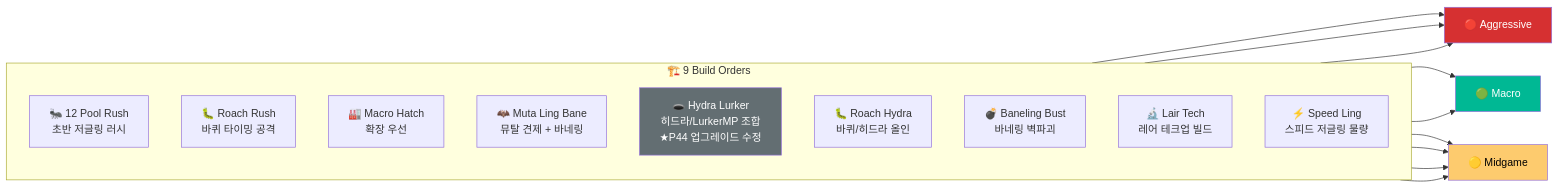
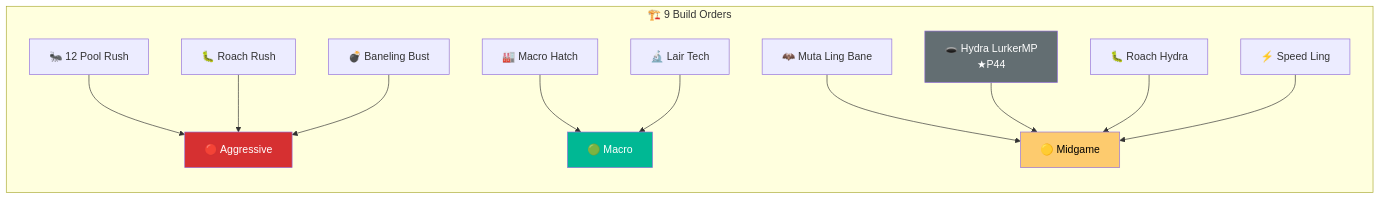
Diagram 23 of 26 in README.md (sun475300-sudo/Swarm-control-in-sc2bot), drawn with Mermaid before and after one commit. The commit also changed other lines of this file, not shown here.

````diff
--- a/README.md
+++ b/README.md
@@ -1012,24 +921,12 @@
 ```mermaid
 graph LR
     subgraph "🏗️ 9 Build Orders"
-        direction TB
-        BO1["🐜 12 Pool Rush\n초반 저글링 러시"]
-        BO2["🐛 Roach Rush\n바퀴 타이밍 공격"]
-        BO3["🏭 Macro Hatch\n확장 우선"]
-        BO4["🦇 Muta Ling Bane\n뮤탈 견제 + 바네링"]
-        BO5["🕳️ Hydra Lurker\n히드라/LurkerMP 조합\n★P44 업그레이드 수정"]
-        BO6["🐛 Roach Hydra\n바퀴/히드라 올인"]
-        BO7["💣 Baneling Bust\n바네링 벽파괴"]
-        BO8["🔬 Lair Tech\n레어 테크업 빌드"]
-        BO9["⚡ Speed Ling\n스피드 저글링 물량"]
+        BO1["🐜 12 Pool Rush"] & BO2["🐛 Roach Rush"] & BO7["💣 Baneling Bust"] --> AGGRO["🔴 Aggressive"]
+        BO3["🏭 Macro Hatch"] & BO8["🔬 Lair Tech"] --> MACRO["🟢 Macro"]
+        BO4["🦇 Muta Ling Bane"] & BO5["🕳️ Hydra LurkerMP\n★P44"] & BO6["🐛 Roach Hydra"] & BO9["⚡ Speed Ling"] --> MID["🟡 Midgame"]
     end
-
-    BO1 & BO2 & BO7 --> AGGRO_BO["🔴 Aggressive"]
-    BO3 & BO8 --> MACRO_BO["🟢 Macro"]
-    BO4 & BO5 & BO6 & BO9 --> MID_BO["🟡 Midgame"]
-
-    style AGGRO_BO fill:#d63031,color:#fff
-    style MACRO_BO fill:#00b894,color:#fff
-    style MID_BO fill:#fdcb6e,color:#000
+    style AGGRO fill:#d63031,color:#fff
+    style MACRO fill:#00b894,color:#fff
+    style MID fill:#fdcb6e,color:#000
     style BO5 fill:#636e72,color:#fff
 ```
````
